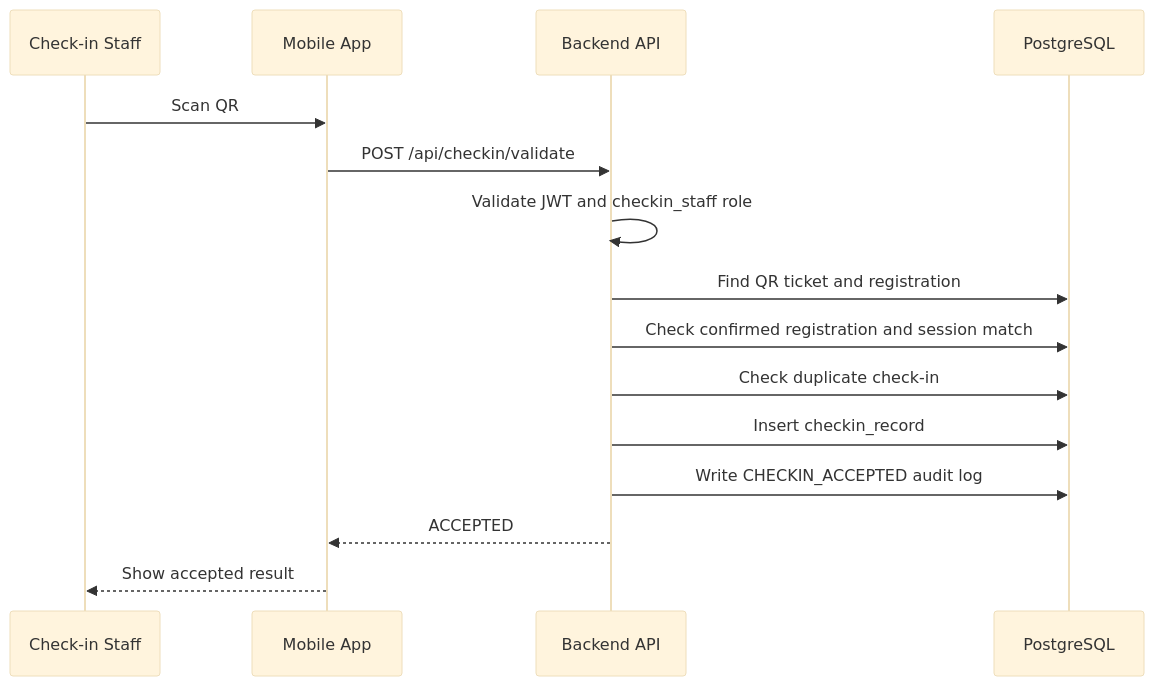
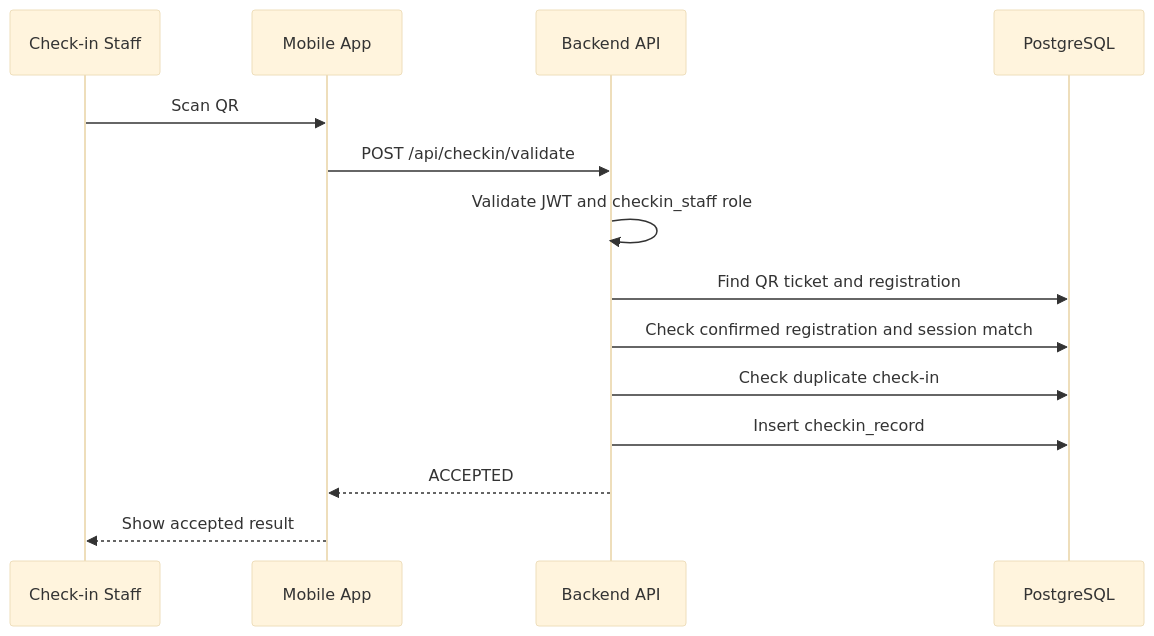
The second of 5 diagrams in blueprint/specs/checkin.md (NguyenThanhTien539/unihub-workshop-system), drawn with Mermaid (base theme) before and after one commit. The commit also changed other lines of this file and 8 other files, not shown here.

````diff
--- a/blueprint/specs/checkin.md
+++ b/blueprint/specs/checkin.md
@@ -85,18 +82,17 @@
 ```mermaid
 sequenceDiagram
     participant Staff as Check-in Staff
     participant App as Mobile App
     participant API as Backend API
     participant DB as PostgreSQL
 
     Staff->>App: Scan QR
     App->>API: POST /api/checkin/validate
     API->>API: Validate JWT and checkin_staff role
     API->>DB: Find QR ticket and registration
     API->>DB: Check confirmed registration and session match
     API->>DB: Check duplicate check-in
     API->>DB: Insert checkin_record
-    API->>DB: Write CHECKIN_ACCEPTED audit log
     API-->>App: ACCEPTED
     App-->>Staff: Show accepted result
 ```
````
